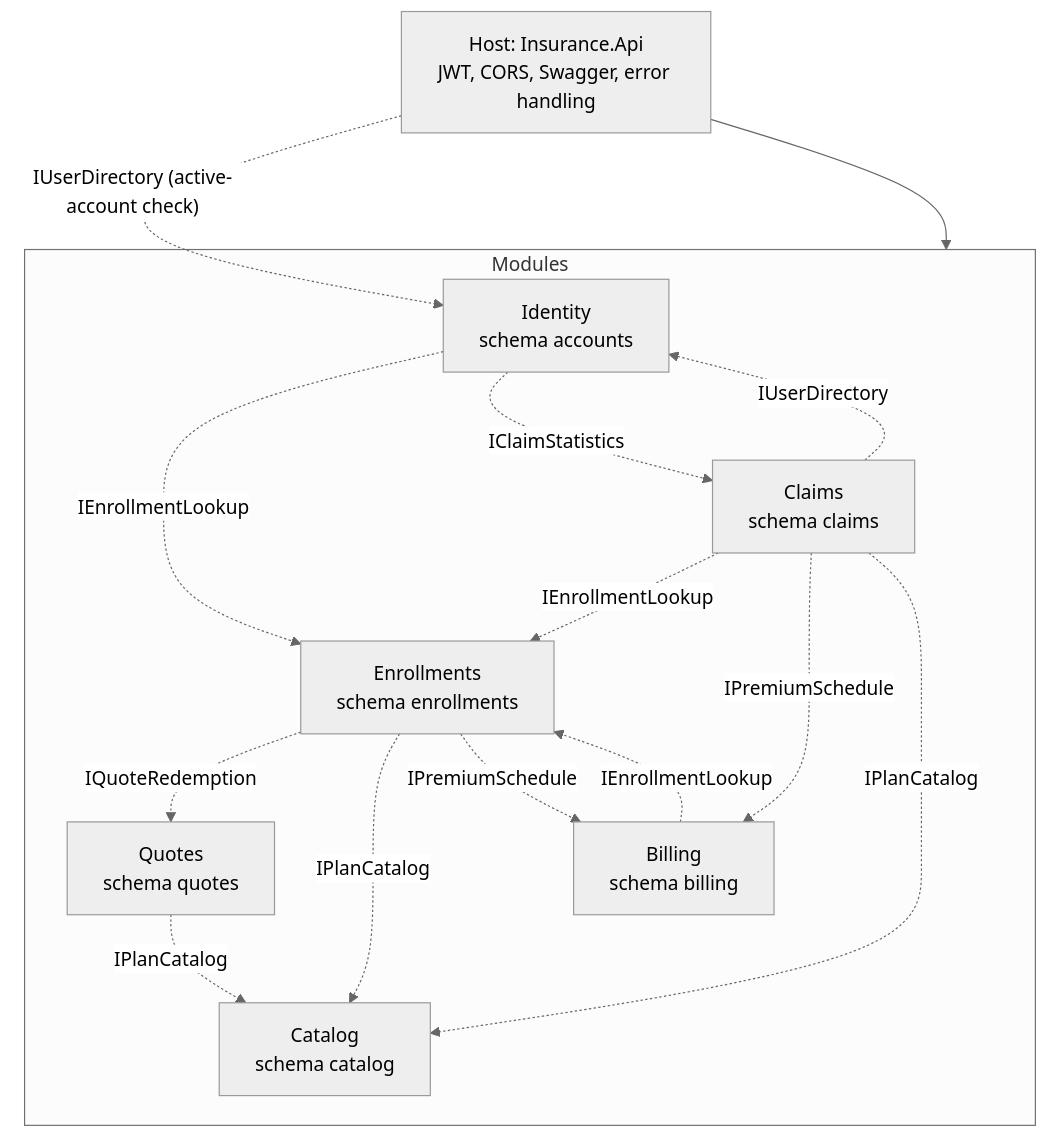
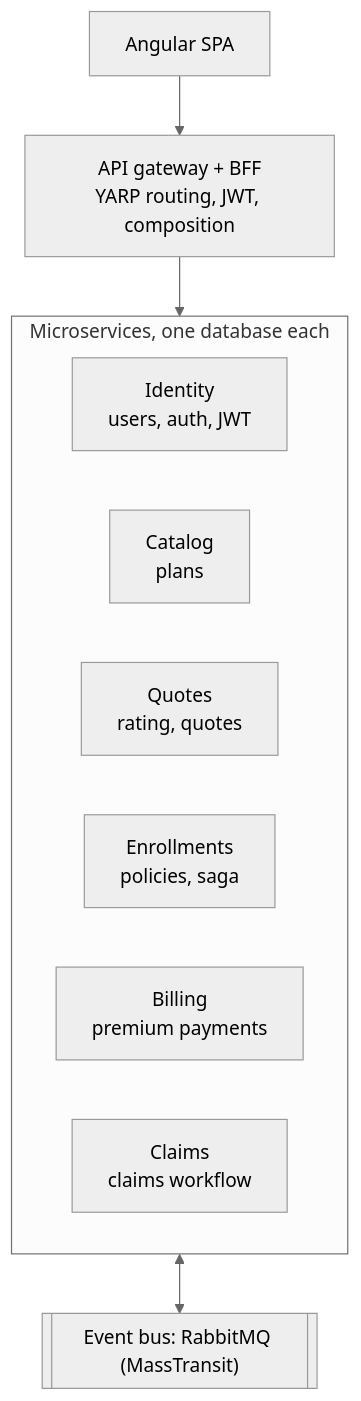
One commit to organizedanvrchy/Insurance-Full-Stack-App changed the second of 11 diagrams in docs/ARCHITECTURE.md. Above: the diagram before and after it, drawn with Mermaid (neutral theme). The commit also changed other lines of this file and 253 other files, not shown here.

````diff
--- a/docs/ARCHITECTURE.md
+++ b/docs/ARCHITECTURE.md
@@ -63,25 +57,14 @@
 ```mermaid
 flowchart TD
-    H["Host: Insurance.Api<br/>JWT, CORS, Swagger, error handling"]
-    subgraph Modules
-        ID["Identity<br/>schema accounts"]
-        CA["Catalog<br/>schema catalog"]
-        QU["Quotes<br/>schema quotes"]
-        EN["Enrollments<br/>schema enrollments"]
-        BI["Billing<br/>schema billing"]
-        CL["Claims<br/>schema claims"]
+    SPA["Angular SPA"] --> GW["API gateway + BFF<br/>YARP routing, JWT, composition"]
+    subgraph Services["Microservices, one database each"]
+        ID["Identity<br/>users, auth, JWT"]
+        CA["Catalog<br/>plans"]
+        QU["Quotes<br/>rating, quotes"]
+        EN["Enrollments<br/>policies, saga"]
+        BI["Billing<br/>premium payments"]
+        CL["Claims<br/>claims workflow"]
     end
-    H --> Modules
-    H -. "IUserDirectory (active-account check)" .-> ID
-    QU -. IPlanCatalog .-> CA
-    EN -. IQuoteRedemption .-> QU
-    EN -. IPlanCatalog .-> CA
-    EN -. IPremiumSchedule .-> BI
-    BI -. IEnrollmentLookup .-> EN
-    CL -. IEnrollmentLookup .-> EN
-    CL -. IPremiumSchedule .-> BI
-    CL -. IPlanCatalog .-> CA
-    CL -. IUserDirectory .-> ID
-    ID -. IEnrollmentLookup .-> EN
-    ID -. IClaimStatistics .-> CL
+    GW --> Services
+    Services <--> BUS[["Event bus: RabbitMQ (MassTransit)"]]
 ```
````
